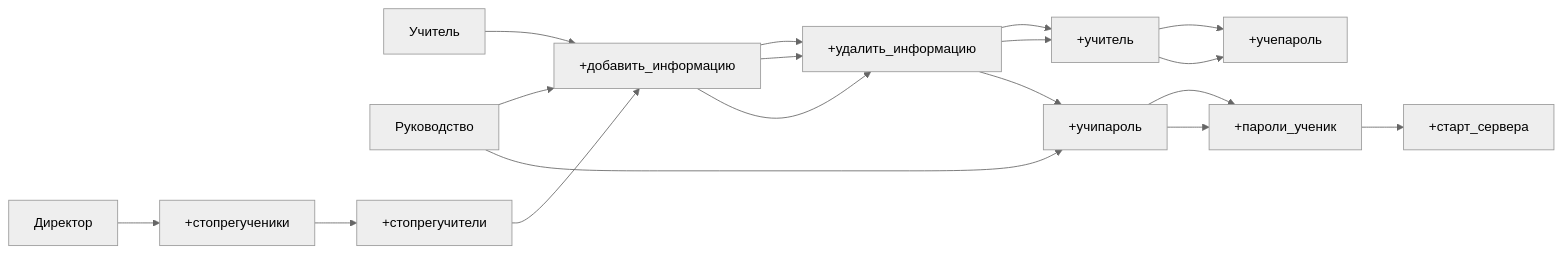
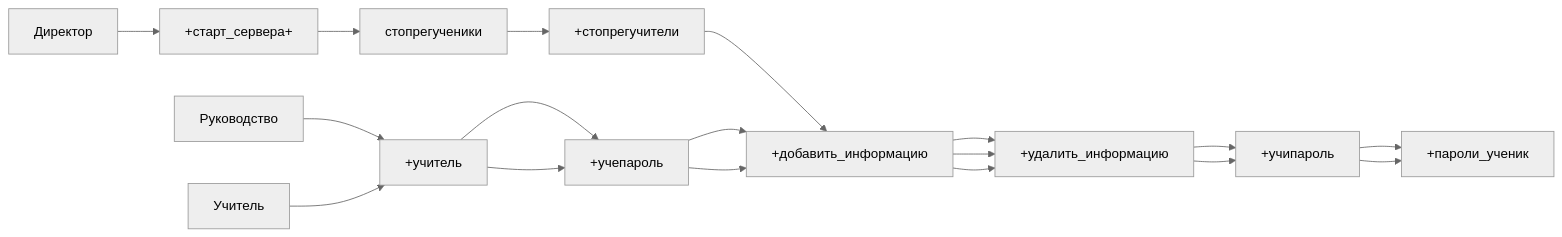
The diagram in README.md (caffreyfizz/discord.py-platform-SIC), drawn with Mermaid (neutral theme) before and after one commit.

````diff
--- a/README.md
+++ b/README.md
@@ -113,8 +113,7 @@
 ```mermaid
 graph LR;
-    Учитель-->+добавить_информацию-->+удалить_информацию-->+учитель-->+учепароль;
-    Руководство-->+добавить_информацию-->+удалить_информацию-->+учитель-->+учепароль;
-    Руководство-->+учипароль-->+пароли_ученик;
-    Директор-->+стопрегученики-->+стопрегучители-->+добавить_информацию-->+удалить_информацию-->+учипароль-->+пароли_ученик-->+старт_сервера
+    Директор-->+старт_сервера+-->стопрегученики-->+стопрегучители-->+добавить_информацию-->+удалить_информацию-->+учипароль-->+пароли_ученик;
+    Руководство-->+учитель-->+учепароль-->+добавить_информацию-->+удалить_информацию-->+учипароль-->+пароли_ученик;
+    Учитель-->+учитель-->+учепароль-->+добавить_информацию-->+удалить_информацию;
       
 ```
````
